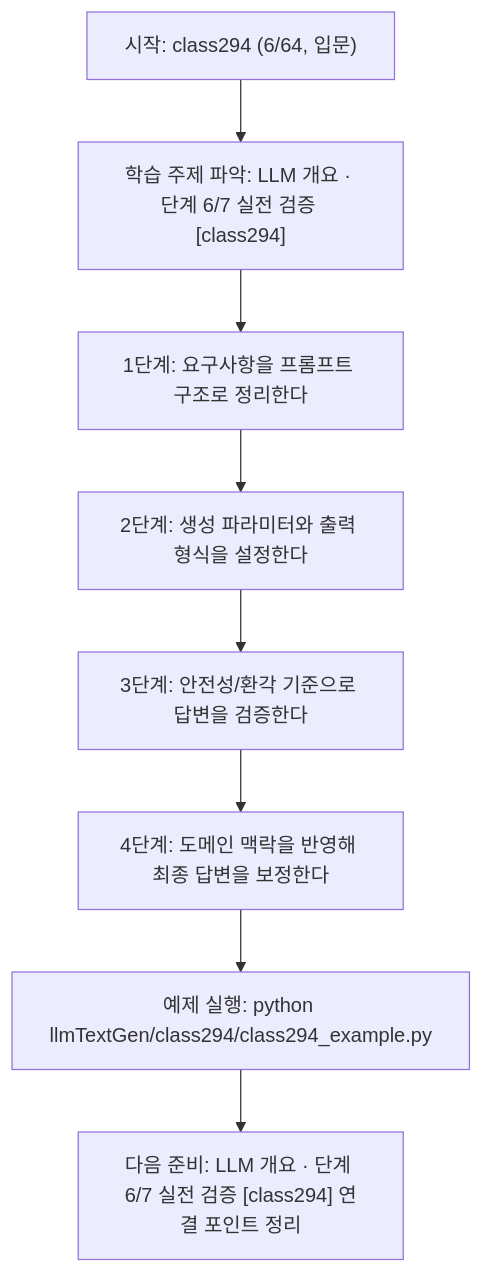
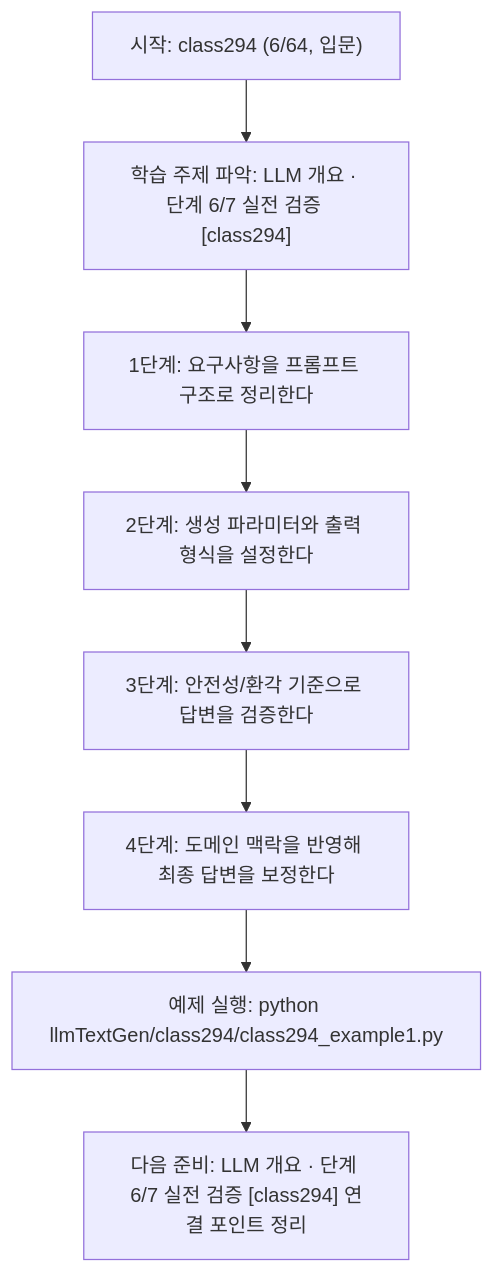
The diagram in llmTextGen/class294/class294.md (edumgt/Python-AI_Agent-Class), drawn with Mermaid before and after one commit. The commit also changed other lines of this file and 2959 other files, not shown here.

````diff
--- a/llmTextGen/class294/class294.md
+++ b/llmTextGen/class294/class294.md
@@ -113,18 +113,18 @@
 ```mermaid
 flowchart TD
 N1["시작: class294 (6/64, 입문)"]
 N2["학습 주제 파악: LLM 개요 · 단계 6/7 실전 검증 [class294]"]
 N3["1단계: 요구사항을 프롬프트 구조로 정리한다"]
 N4["2단계: 생성 파라미터와 출력 형식을 설정한다"]
 N5["3단계: 안전성/환각 기준으로 답변을 검증한다"]
 N6["4단계: 도메인 맥락을 반영해 최종 답변을 보정한다"]
-N7["예제 실행: python llmTextGen/class294/class294_example.py"]
+N7["예제 실행: python llmTextGen/class294/class294_example1.py"]
 N8["다음 준비: LLM 개요 · 단계 6/7 실전 검증 [class294] 연결 포인트 정리"]
 N1 --> N2
 N2 --> N3
 N3 --> N4
 N4 --> N5
 N5 --> N6
 N6 --> N7
 N7 --> N8
 ```
````
